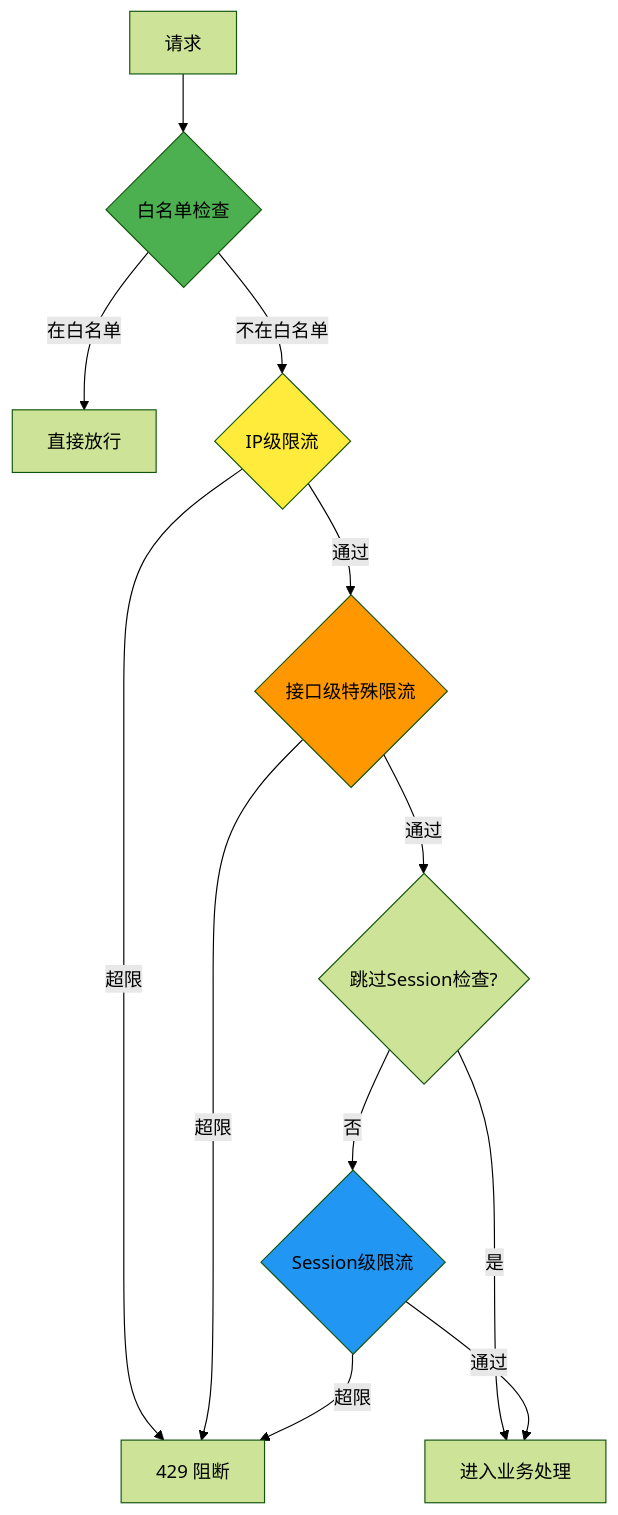
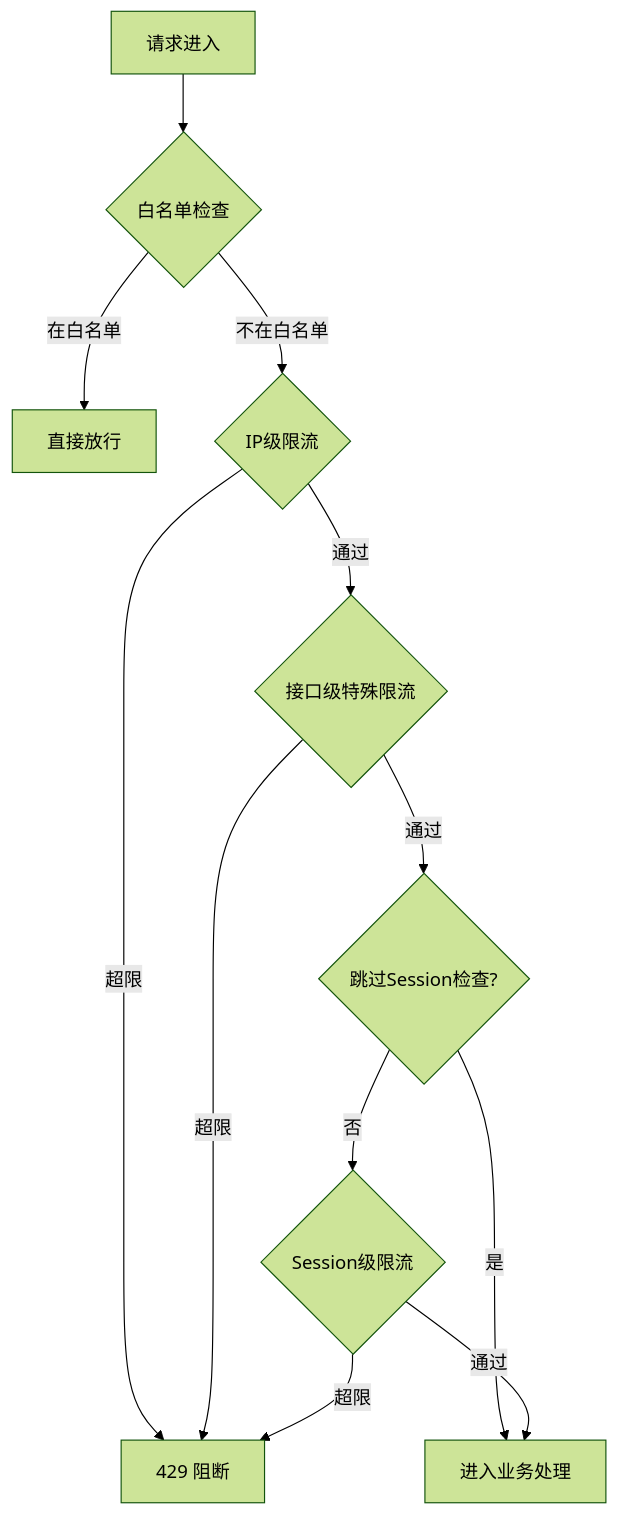
Before and after one commit to yingjianzh/iodraw-files: the diagram in all/未命名-2.md, drawn with Mermaid (forest theme).

Commit message:
2025-10-13 15:42:45 update

````diff
--- a/all/未命名-2.md
+++ b/all/未命名-2.md
@@ -1,19 +1,16 @@
 ```mermaid
+
 flowchart TD
-    A[请求] --> B{白名单检查}
+    A[请求进入] --> B{白名单检查}
     B -- 在白名单 --> Z[直接放行]
     B -- 不在白名单 --> C{IP级限流}
     C -- 超限 --> X[429 阻断]
     C -- 通过 --> D{接口级特殊限流}
     D -- 超限 --> X
     D -- 通过 --> E{跳过Session检查?}
     E -- 是 --> F[进入业务处理]
     E -- 否 --> G{Session级限流}
     G -- 超限 --> X
     G -- 通过 --> F
-    
-    style B fill:#4caf50
-    style C fill:#ffeb3b
-    style D fill:#ff9800
-    style G fill:#2196f3
+
 ```
````
